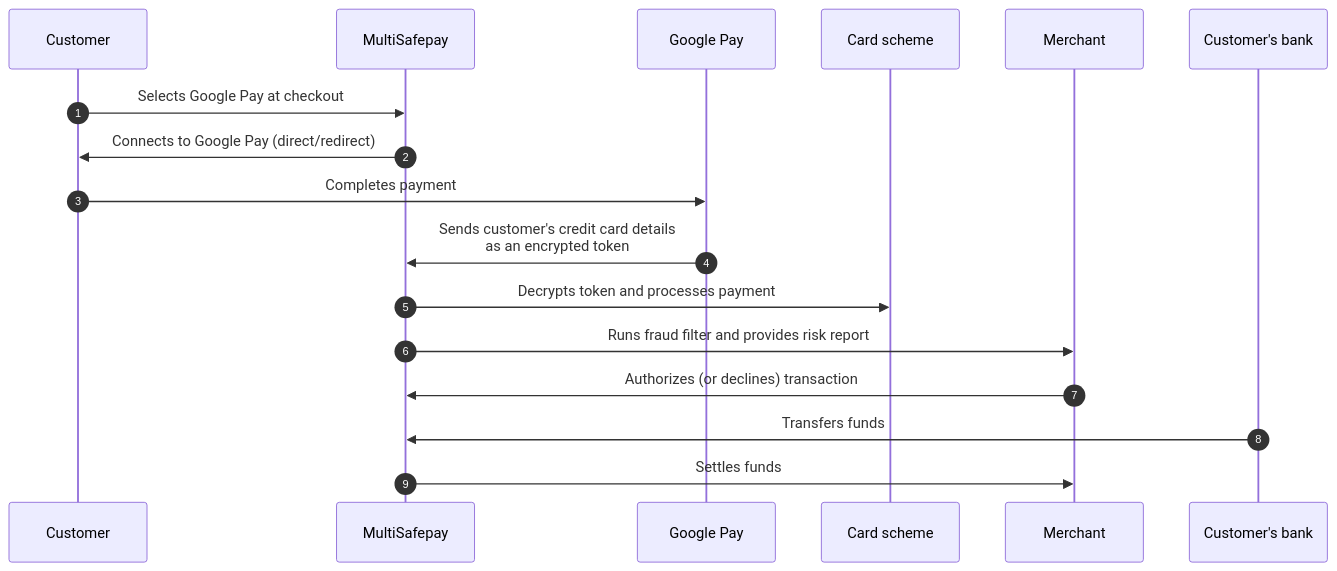
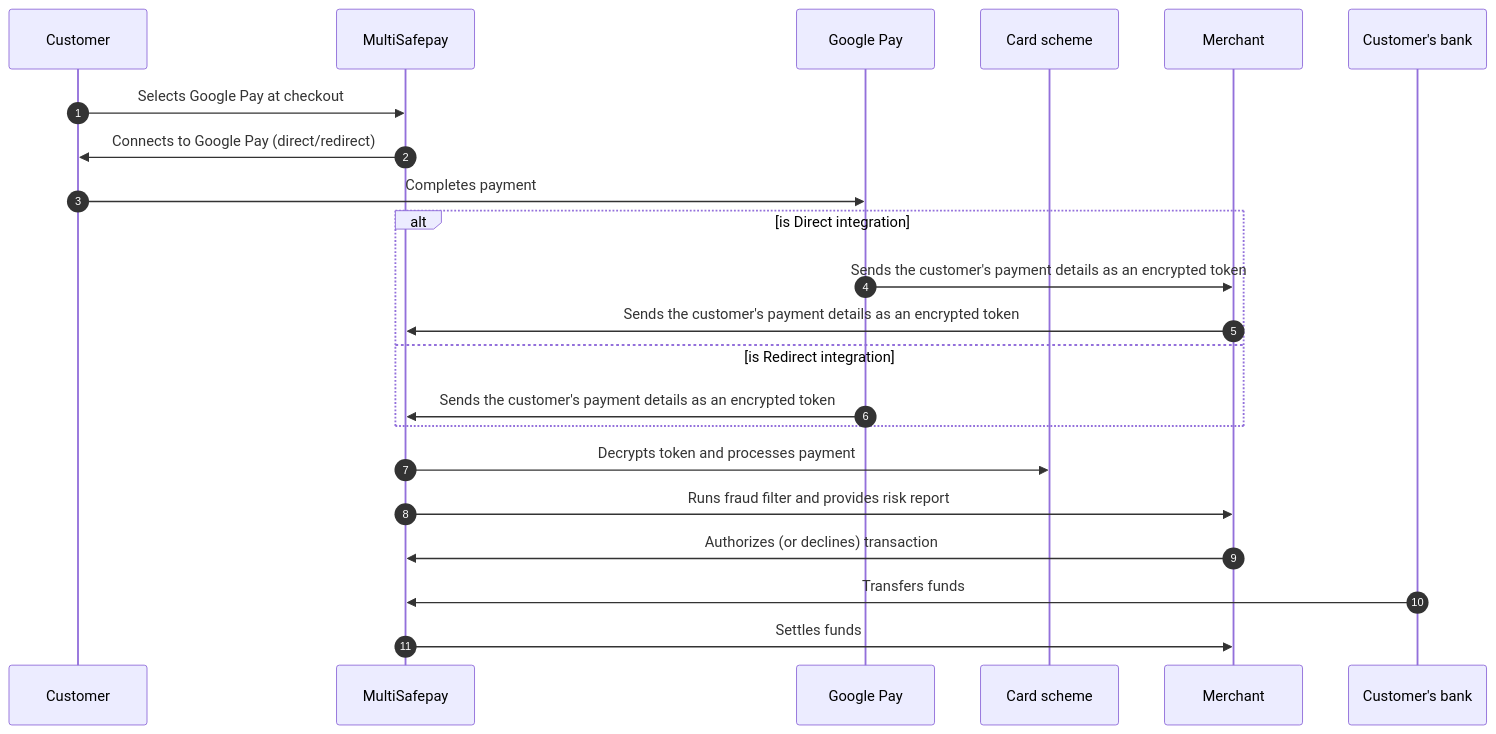
One commit to MultiSafepay/docs changed the diagram in content/payments/methods/wallet/googlepay/payment-flow.md. Above: the diagram before and after it, drawn with Mermaid. The commit also changed 2 other files, not shown here.

Commit message:
Review payment diagrams by Kris

```diff
--- a/content/payments/methods/wallet/googlepay/payment-flow.md
+++ b/content/payments/methods/wallet/googlepay/payment-flow.md
@@ -14,22 +14,28 @@
 {{< mermaid class="text-center" >}}
 
 sequenceDiagram
     autonumber
     participant C as Customer
     participant Mu as MultiSafepay
     participant G as Google Pay
     participant CS as Card scheme
     participant Me as Merchant
     participant CB as Customer's bank
 
     C->>Mu: Selects Google Pay at checkout
     Mu->>C: Connects to Google Pay (direct/redirect)
     C->>G: Completes payment 
-    G->>Mu: Sends customer's credit card details <br> as an encrypted token
+   
+    alt is Direct integration
+    G->>Me: Sends the customer's payment details as an encrypted token
+    Me->>Mu: Sends the customer's payment details as an encrypted token
+    else is Redirect integration
+    G->>Mu: Sends the customer's payment details as an encrypted token
+    end
     Mu->>CS: Decrypts token and processes payment
     Mu->>Me: Runs fraud filter and provides risk report
     Me->>Mu: Authorizes (or declines) transaction
     CB->>Mu: Transfers funds 
     Mu->>Me: Settles funds
 
 {{< /mermaid >}}
```
